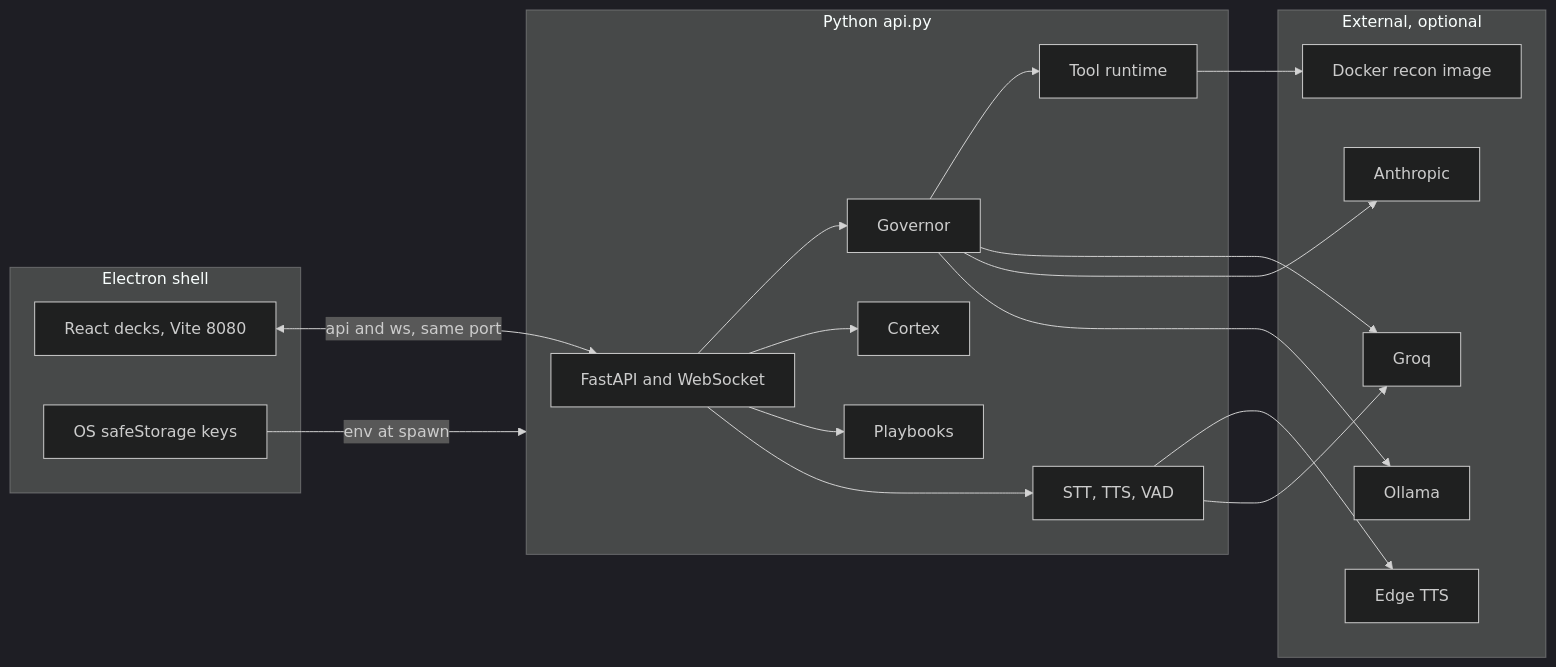
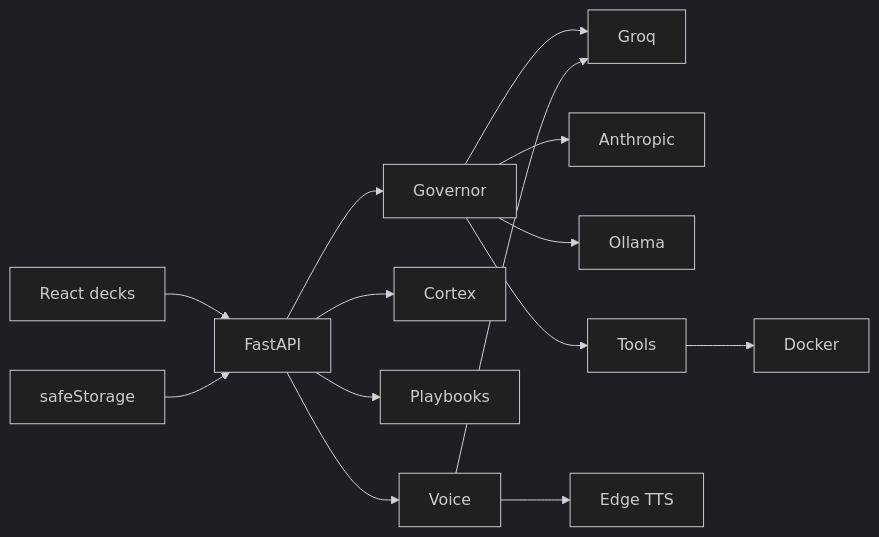
The first of 2 diagrams in README.md (roshansrikanth21/jarv1s), drawn with Mermaid (dark theme) before and after one commit.

Commit message:
Draw the architecture map with a flowchart GitHub will accept.
The previous version pointed an arrow at a subgraph, which dropped the first diagram while the sequence chart still rendered.

````diff
--- a/README.md
+++ b/README.md
@@ -98,37 +98,16 @@
 ```mermaid
-flowchart LR
-  subgraph Shell["Electron shell"]
-    UI["React decks, Vite 8080"]
-    Keys["OS safeStorage keys"]
-  end
-
-  subgraph Backend["Python api.py"]
-    WS["FastAPI and WebSocket"]
-    Gov["Governor"]
-    Cortex["Cortex"]
-    Skills["Playbooks"]
-    Tools["Tool runtime"]
-    Voice["STT, TTS, VAD"]
-  end
-
-  subgraph External["External, optional"]
-    Groq["Groq"]
-    Claude["Anthropic"]
-    Ollama["Ollama"]
-    Edge["Edge TTS"]
-    Docker["Docker recon image"]
-  end
-
-  UI <-->|"api and ws, same port"| WS
-  Keys -->|env at spawn| Backend
-  WS --> Gov --> Tools
-  WS --> Cortex
-  WS --> Skills
-  WS --> Voice
-  Gov --> Groq
-  Gov --> Claude
-  Gov --> Ollama
-  Voice --> Edge
+graph LR
+  UI[React decks] --> WS[FastAPI]
+  Keys[safeStorage] --> WS
+  WS --> Gov[Governor]
+  WS --> Cortex[Cortex]
+  WS --> Skills[Playbooks]
+  WS --> Voice[Voice]
+  Gov --> Groq[Groq]
+  Gov --> Claude[Anthropic]
+  Gov --> Ollama[Ollama]
+  Gov --> Tools[Tools]
   Voice --> Groq
-  Tools --> Docker
+  Voice --> Edge[Edge TTS]
+  Tools --> Docker[Docker]
 ```
````
